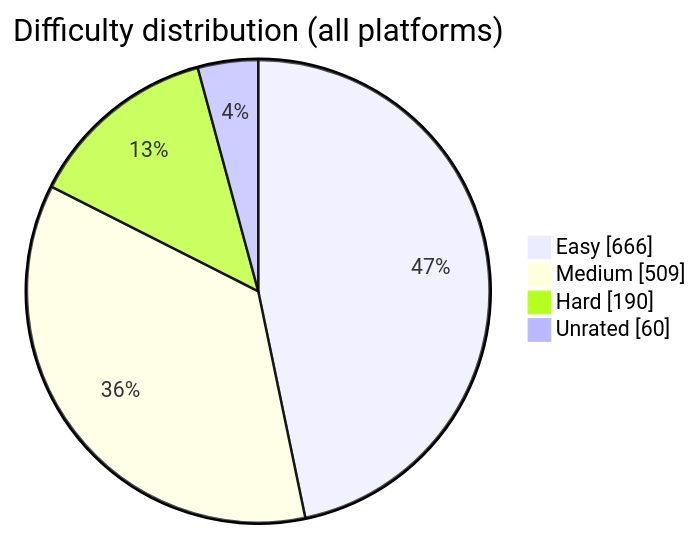
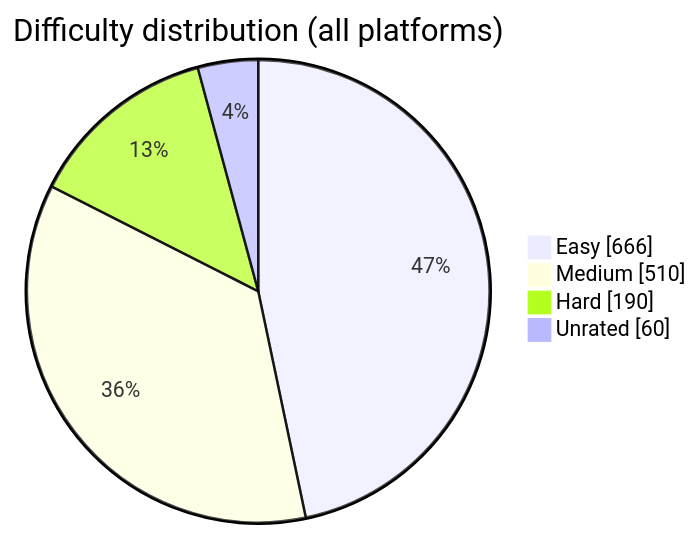
The diagram in README.md (BuildbyArindam/Daily-Coding-Log), drawn with Mermaid before and after one commit. The commit also changed other lines of this file, not shown here.

````diff
--- a/README.md
+++ b/README.md
@@ -93,7 +93,7 @@
 ```mermaid
 pie showData title Difficulty distribution (all platforms)
     "Easy" : 666
-    "Medium" : 509
+    "Medium" : 510
     "Hard" : 190
     "Unrated" : 60
 ```
````
